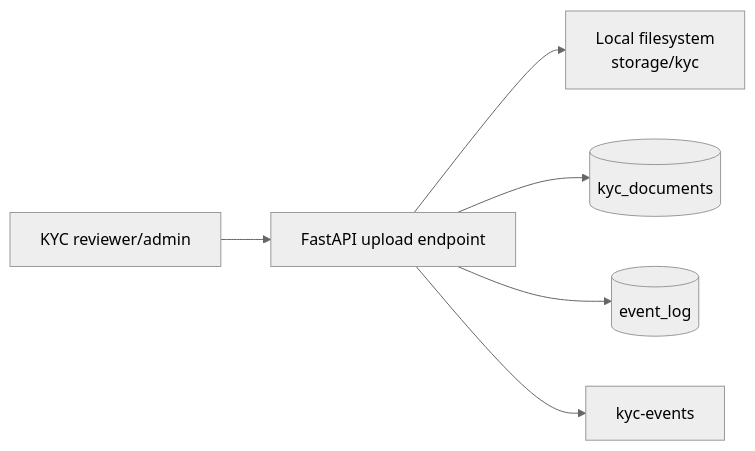
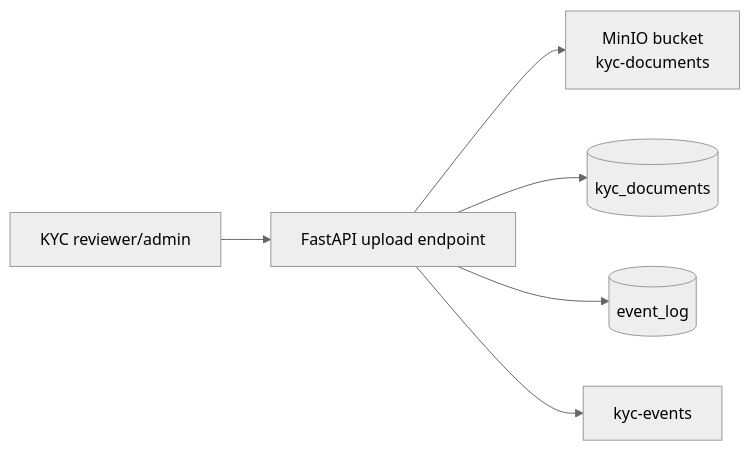
The diagram in docs/kyc-document-storage.md (waigisteve/agent-network-infra-sim), drawn with Mermaid (neutral theme) before and after one commit. The commit also changed other lines of this file and 11 other files, not shown here.

Commit message:
Add MinIO KYC object storage

````diff
--- a/docs/kyc-document-storage.md
+++ b/docs/kyc-document-storage.md
@@ -7,8 +7,8 @@
 ```mermaid
 flowchart LR
     reviewer[KYC reviewer/admin] --> api[FastAPI upload endpoint]
-    api --> storage[Local filesystem<br/>storage/kyc]
+    api --> storage[MinIO bucket<br/>kyc-documents]
     api --> metadata[(kyc_documents)]
     api --> event_log[(event_log)]
     api --> kafka[kyc-events]
 ```
````
